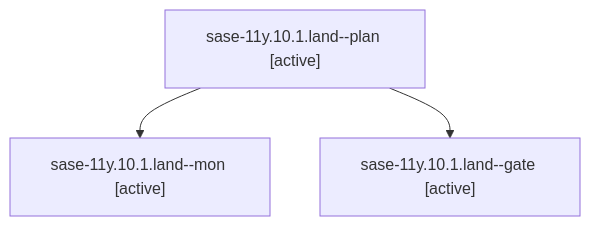
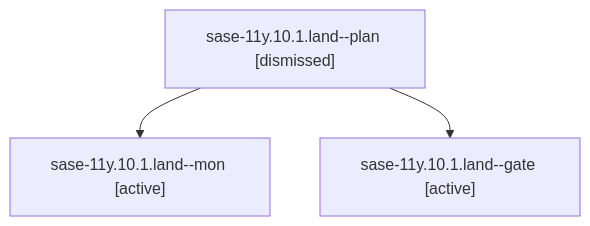
The diagram in sessions/bbugyi200.athena.sase-11y.10.1.land.md (sase-org/sase--agents), drawn with Mermaid before and after one commit. The commit also changed other lines of this file and 252 other files, not shown here.

````diff
--- a/sessions/bbugyi200.athena.sase-11y.10.1.land.md
+++ b/sessions/bbugyi200.athena.sase-11y.10.1.land.md
@@ -9,8 +9,8 @@
 ```mermaid
 flowchart TD
-  n0["sase-11y.10.1.land--plan [active]"]
+  n0["sase-11y.10.1.land--plan [dismissed]"]
   n1["sase-11y.10.1.land--mon [active]"]
   n0 --> n1
   n2["sase-11y.10.1.land--gate [active]"]
   n0 --> n2
 ```
````
